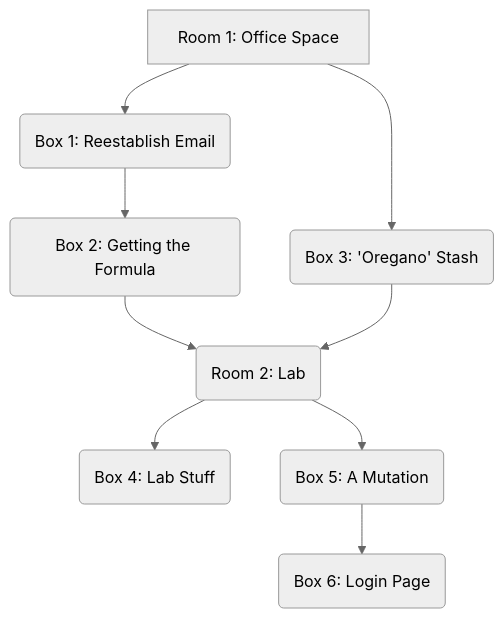
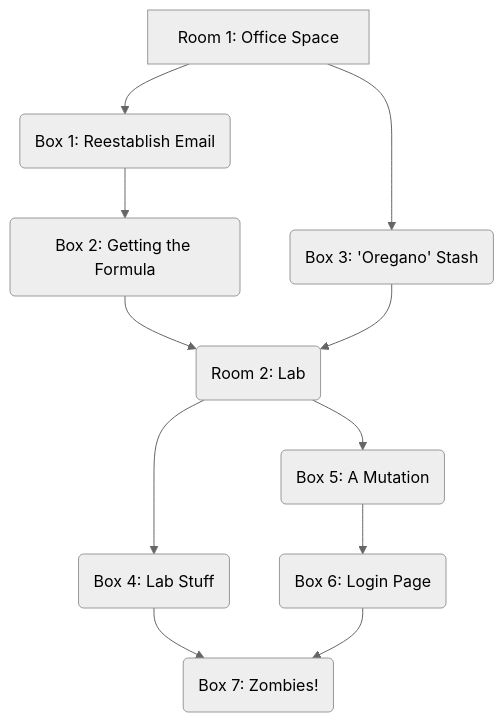
One commit to open-sesame-escape/open-sesame-escape.github.io changed the diagram in content/rooms/virus/index.md. Above: the diagram before and after it, drawn with Mermaid (neutral theme). The commit also changed other lines of this file and 2 other files, not shown here.

Commit message:
Add zombies box to virus room

```diff
--- a/content/rooms/virus/index.md
+++ b/content/rooms/virus/index.md
@@ -246,11 +325,12 @@
 {{< mermaid align="center" >}}
 graph TB;
   R1[Room 1: Office Space] --> B1 & B3
   B1(Box 1: Reestablish Email) --> B2
   B2(Box 2: Getting the Formula) --> R2
   B3(Box 3: 'Oregano' Stash) --> R2
   R2(Room 2: Lab) --> B4 & B5
-  B4(Box 4: Lab Stuff)
+  B4(Box 4: Lab Stuff) --> B7
   B5(Box 5: A Mutation) --> B6
-  B6(Box 6: Login Page)
+  B6(Box 6: Login Page) --> B7
+  B7(Box 7: Zombies!)
 {{< /mermaid >}}
```
